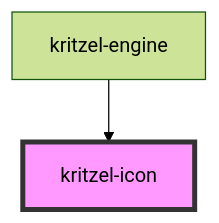
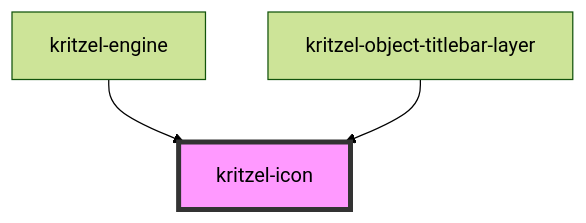
Before and after one commit to kasual1/kritzel: the diagram in libs/engine/core/src/components/kritzel-icon/readme.md, drawn with Mermaid (forest theme). The commit also changed other lines of this file and 10 other files, not shown here.

````diff
--- a/libs/engine/core/src/components/kritzel-icon/readme.md
+++ b/libs/engine/core/src/components/kritzel-icon/readme.md
@@ -24,5 +25,6 @@
 ```mermaid
 graph TD;
   kritzel-engine --> kritzel-icon
+  kritzel-object-titlebar-layer --> kritzel-icon
   style kritzel-icon fill:#f9f,stroke:#333,stroke-width:4px
 ```
````
